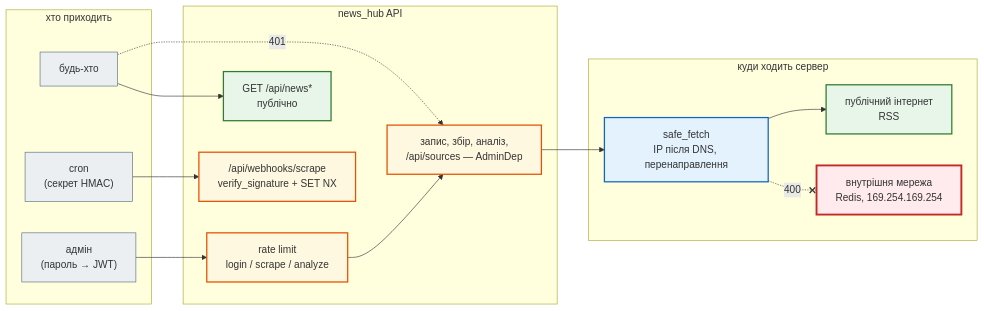
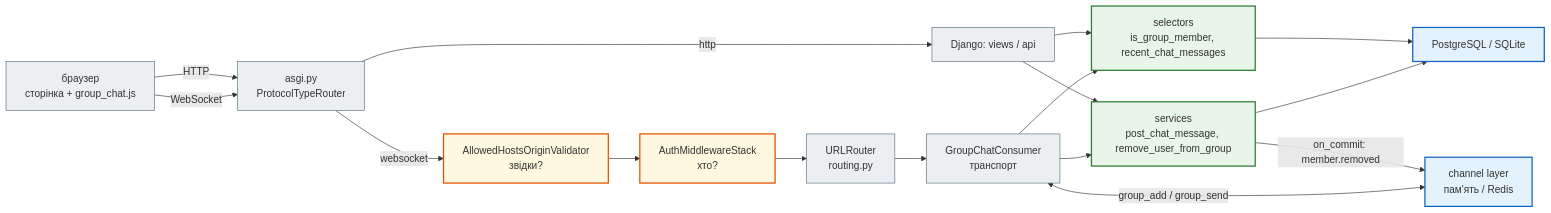
One commit to AlinaRadchenko/PY-Course-Victor-Nikoriak-22-09-2026 changed the fourth of 4 diagrams in docs/modules/m4/lesson_46.md. Above: the diagram before and after it, drawn with Mermaid. The commit also changed other lines of this file and 1846 other files, not shown here.

````diff
--- a/docs/modules/m4/lesson_46.md
+++ b/docs/modules/m4/lesson_46.md
@@ -507,37 +445,28 @@
 ```mermaid
 graph LR
     classDef step     fill:#eceff1,stroke:#546e7a,stroke-width:1px;
     classDef decision fill:#e3f2fd,stroke:#1565c0,stroke-width:2px;
     classDef success  fill:#e8f5e9,stroke:#2e7d32,stroke-width:2px;
     classDef error    fill:#ffebee,stroke:#c62828,stroke-width:3px;
     classDef warning  fill:#fff8e1,stroke:#e65100,stroke-width:2px;
 
-    subgraph IN["хто приходить"]
-        U["будь-хто"]
-        AD["адмін<br>(пароль → JWT)"]
-        CR["cron<br>(секрет HMAC)"]
-    end
-    subgraph API["news_hub API"]
-        RL["rate limit<br>login / scrape / analyze"]
-        RD["GET /api/news*<br>публічно"]
-        WR["запис, збір, аналіз,<br>/api/sources — AdminDep"]
-        WH["/api/webhooks/scrape<br>verify_signature + SET NX"]
-    end
-    subgraph OUT["куди ходить сервер"]
-        SF["safe_fetch<br>IP після DNS, перенаправлення"]
-        NET["публічний інтернет<br>RSS"]
-        INT["внутрішня мережа<br>Redis, 169.254.169.254"]
-    end
-    U --> RD
-    U -. "401" .-> WR
-    AD --> RL --> WR
-    CR --> WH
-    WR --> SF --> NET
-    SF -. "400" .-x INT
+    BR["браузер<br>сторінка + group_chat.js"] -- "HTTP" --> PT["asgi.py<br>ProtocolTypeRouter"]
+    BR -- "WebSocket" --> PT
+    PT -- http --> DJ["Django: views / api"]
+    PT -- websocket --> OV["AllowedHostsOriginValidator<br>звідки?"]
+    OV --> AM["AuthMiddlewareStack<br>хто?"] --> UR["URLRouter<br>routing.py"] --> CO["GroupChatConsumer<br>транспорт"]
+    DJ --> SEL["selectors<br>is_group_member, recent_chat_messages"]
+    DJ --> SRV["services<br>post_chat_message, remove_user_from_group"]
+    CO --> SEL
+    CO --> SRV
+    SRV -- "on_commit: member.removed" --> CL["channel layer<br>пам'ять / Redis"]
+    CO <-- "group_add / group_send" --> CL
+    SEL --> DB["PostgreSQL / SQLite"]
+    SRV --> DB
 
-    class RD,NET success
-    class WR,WH,RL warning
-    class SF decision
-    class INT error
-    class U,AD,CR step
+    class BR,PT,DJ,UR step
+    class OV,AM warning
+    class CO step
+    class SEL,SRV success
+    class CL,DB decision
 ```
````
